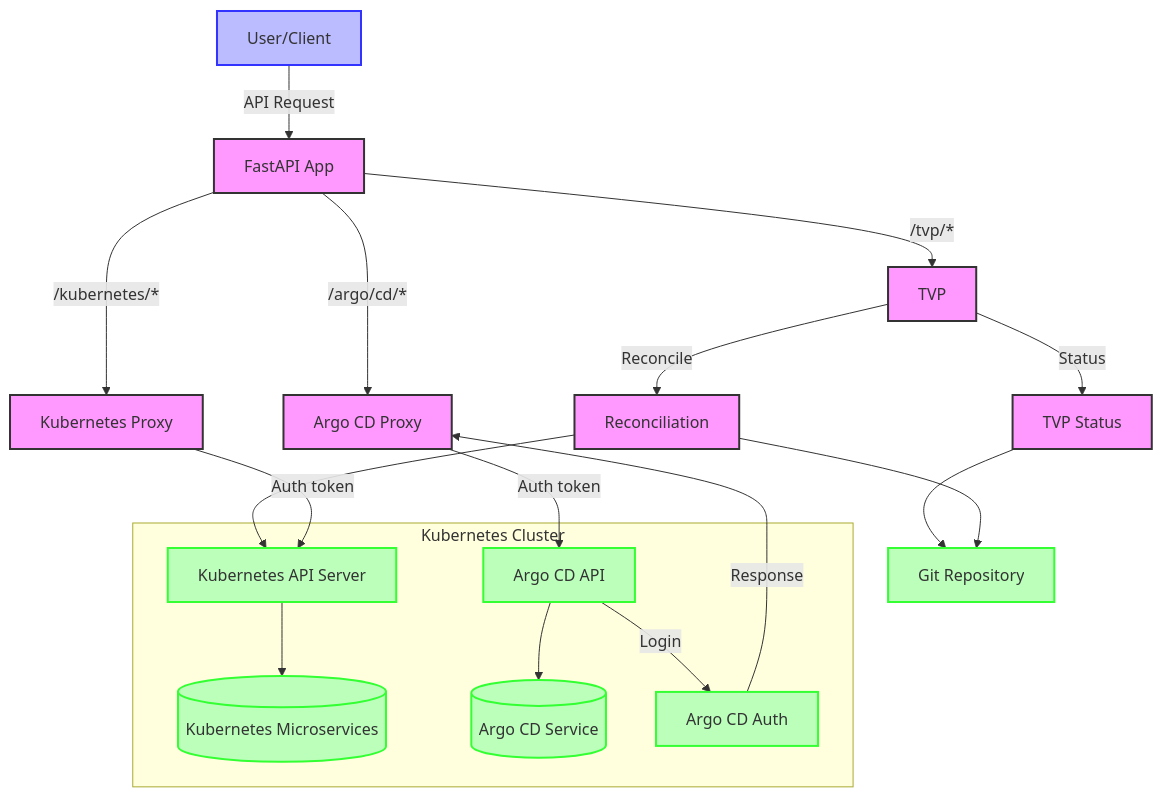
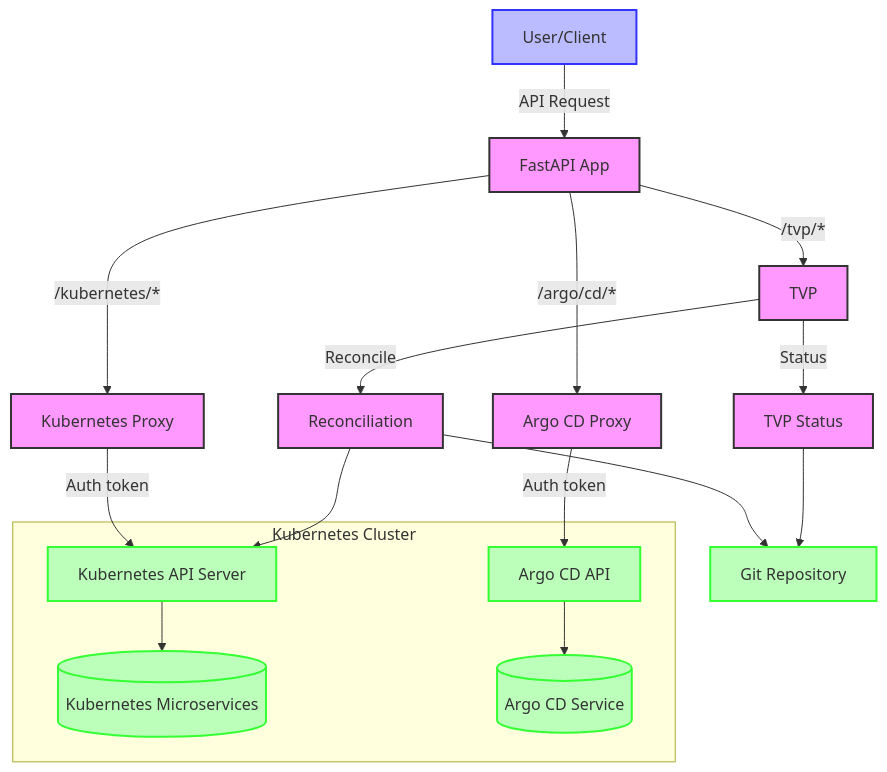
The diagram in fastapi/mermaid/data-flow-diagram.mermaid (lloydchang/tvp-k8s), drawn with Mermaid before and after one commit.

```diff
--- a/fastapi/mermaid/data-flow-diagram.mermaid
+++ b/fastapi/mermaid/data-flow-diagram.mermaid
@@ -1,29 +1,27 @@
 flowchart TD
     User[User/Client] -->|API Request| API[FastAPI App]
     
     API -->|/kubernetes/*| KP[Kubernetes Proxy]
     API -->|/argo/cd/*| AP[Argo CD Proxy]
     API -->|/tvp/*| TVP[TVP]
         
     TVP -->|Status| TS[TVP Status]
     TVP -->|Reconcile| R[Reconciliation]
     
     TS --> Git[Git Repository]
     R --> Git
     R --> KA
     KP -->|Auth token| KA[Kubernetes API Server]
     AP -->|Auth token| AA[Argo CD API]
     subgraph "Kubernetes Cluster"
         KA --> Kubernetes[(Kubernetes Microservices)]
         AA --> ArgoCD[(Argo CD Service)]
-        AA -->|Login| Auth[Argo CD Auth]
     end
-    Auth -->|Response| AP
 
     classDef user fill:#bbf,stroke:#33f,stroke-width:2px
     classDef app fill:#f9f,stroke:#333,stroke-width:2px
     classDef external fill:#bfb,stroke:#3f3,stroke-width:2px
     
     class User user
     class API,KP,AP,TVP,TS,R app
     class Kubernetes,ArgoCD,Git,KA,AA,Auth external
```
